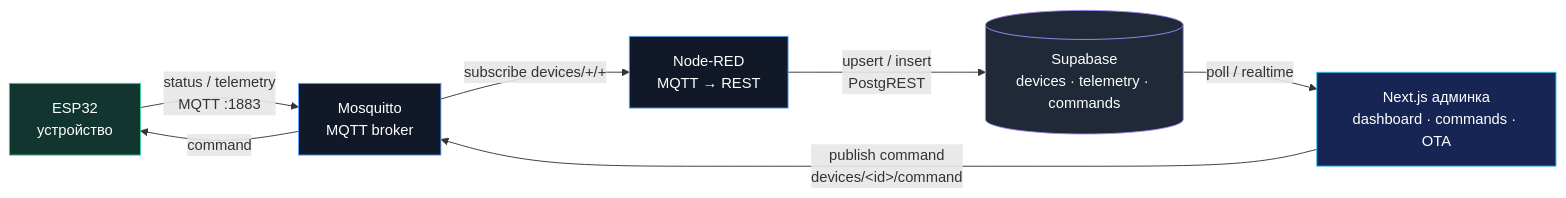
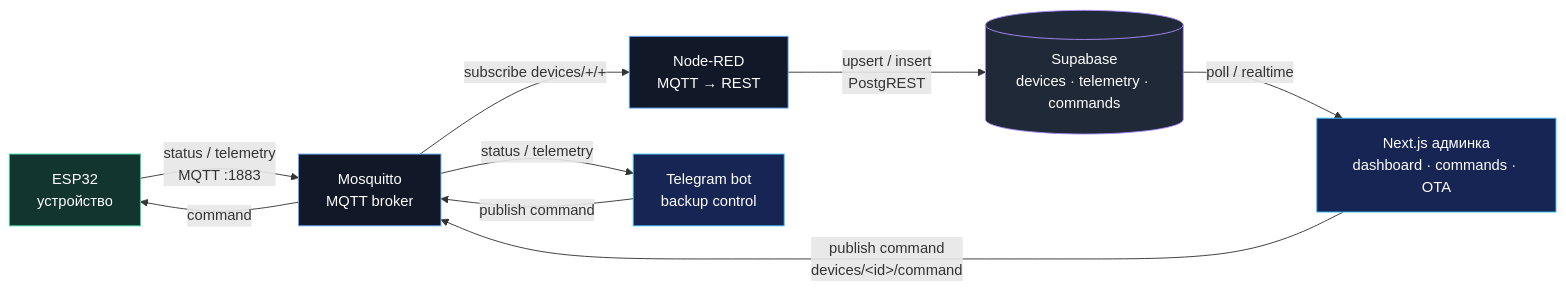
One commit to iposho/esp-32-gateway-pi4 changed the diagram in README.md. Above: the diagram before and after it, drawn with Mermaid. The commit also changed other lines of this file and 6 other files, not shown here.

Commit message:
feat: add telegram bot for backup MQTT control and update related configs

````diff
--- a/README.md
+++ b/README.md
@@ -20,25 +21,28 @@
 ```mermaid
 flowchart LR
     esp["ESP32<br/>устройство"]
     mqtt["Mosquitto<br/>MQTT broker"]
     nodered["Node-RED<br/>MQTT → REST"]
     db[("Supabase<br/>devices · telemetry · commands")]
     admin["Next.js админка<br/>dashboard · commands · OTA"]
+    tg["Telegram bot<br/>backup control"]
 
     esp -- "status / telemetry<br/>MQTT :1883" --> mqtt
     mqtt -- "subscribe devices/+/+" --> nodered
     nodered -- "upsert / insert<br/>PostgREST" --> db
     db -- "poll / realtime" --> admin
     admin -- "publish command<br/>devices/&lt;id&gt;/command" --> mqtt
+    mqtt -- "status / telemetry" --> tg
+    tg -- "publish command" --> mqtt
     mqtt -- "command" --> esp
 
     classDef device fill:#12352f,stroke:#35d399,color:#ffffff;
     classDef service fill:#111827,stroke:#60a5fa,color:#ffffff;
     classDef data fill:#1f2937,stroke:#a78bfa,color:#ffffff;
     classDef app fill:#172554,stroke:#38bdf8,color:#ffffff;
 
     class esp device;
     class mqtt,nodered service;
     class db data;
-    class admin app;
+    class admin,tg app;
 ```
````
